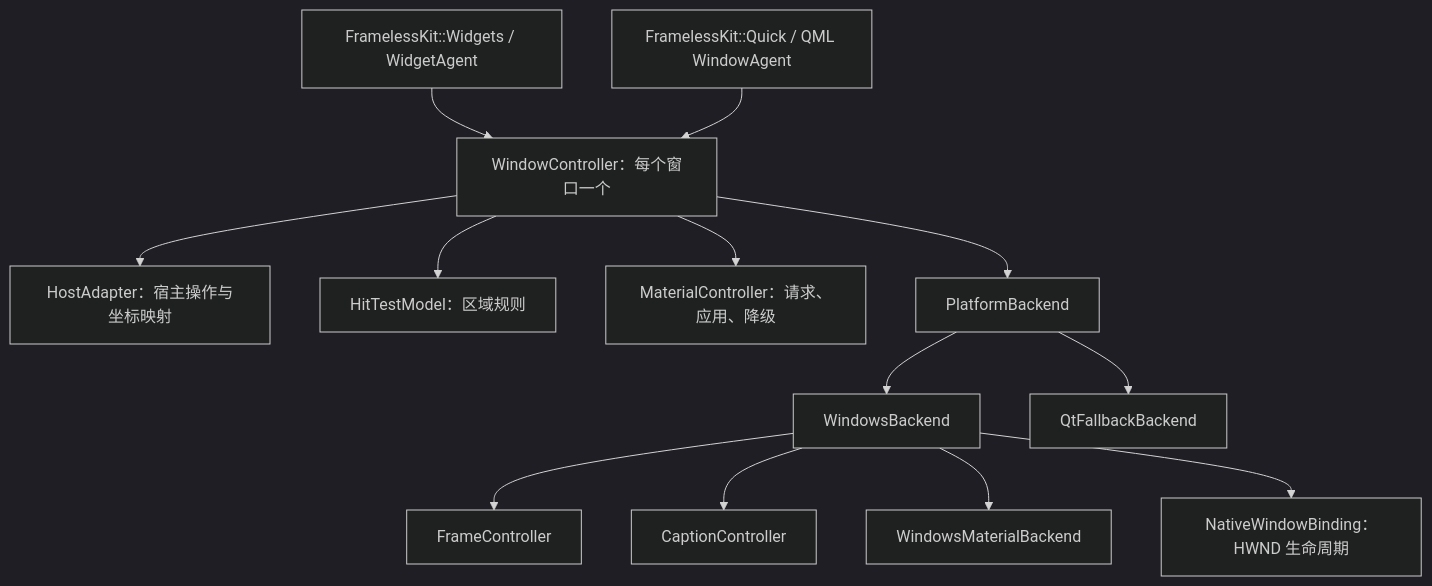
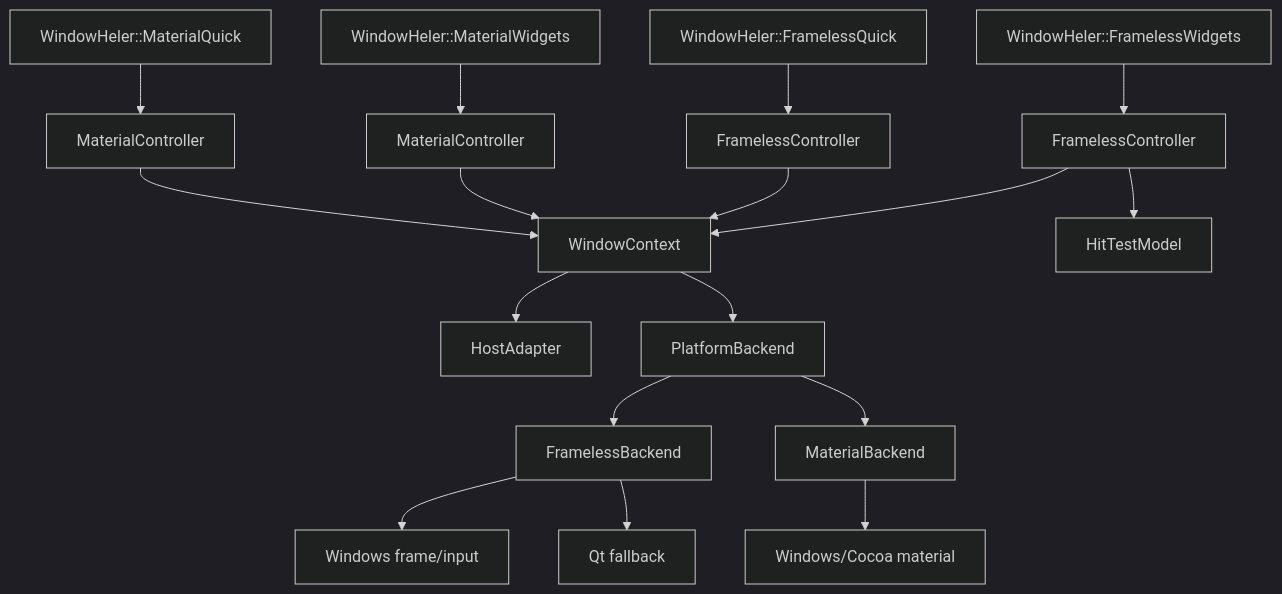
One commit to hui-livio/frameless-kits changed the second of 3 diagrams in docs/无边框模块重实现设计.md. Above: the diagram before and after it, drawn with Mermaid (dark theme). The commit also changed other lines of this file and 65 other files, not shown here.

````diff
--- a/docs/无边框模块重实现设计.md
+++ b/docs/无边框模块重实现设计.md
@@ -96,15 +171,19 @@
 ```mermaid
 flowchart TD
-    WA["FramelessKit::Widgets / WidgetAgent"] --> WC["WindowController：每个窗口一个"]
-    QA["FramelessKit::Quick / QML WindowAgent"] --> WC
-    WC --> HP["HostAdapter：宿主操作与坐标映射"]
-    WC --> HT["HitTestModel：区域规则"]
-    WC --> MC["MaterialController：请求、应用、降级"]
-    WC --> PB["PlatformBackend"]
-    PB --> WB["WindowsBackend"]
-    PB --> QB["QtFallbackBackend"]
-    WB --> FC["FrameController"]
-    WB --> CC["CaptionController"]
-    WB --> MB["WindowsMaterialBackend"]
-    WB --> NB["NativeWindowBinding：HWND 生命周期"]
+    FW["WindowHeler::FramelessWidgets"] --> FWC["FramelessController"]
+    FQ["WindowHeler::FramelessQuick"] --> FQC["FramelessController"]
+    MW["WindowHeler::MaterialWidgets"] --> MWC["MaterialController"]
+    MQ["WindowHeler::MaterialQuick"] --> MQC["MaterialController"]
+    FWC --> CT["WindowContext"]
+    FQC --> CT
+    MWC --> CT
+    MQC --> CT
+    CT --> HA["HostAdapter"]
+    CT --> PB["PlatformBackend"]
+    FWC --> HT["HitTestModel"]
+    PB --> FB["FramelessBackend"]
+    PB --> MB["MaterialBackend"]
+    FB --> WB["Windows frame/input"]
+    MB --> WM["Windows/Cocoa material"]
+    FB --> QB["Qt fallback"]
 ```
````
